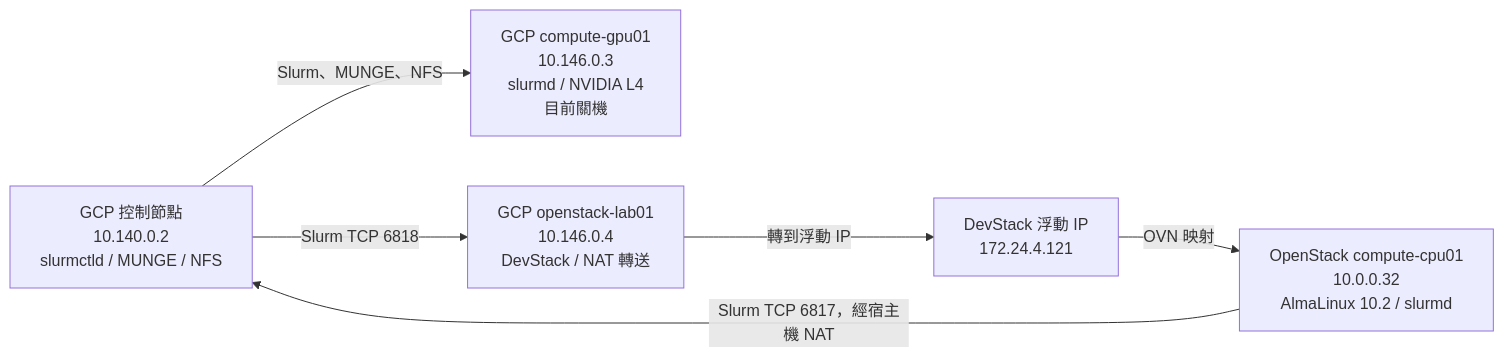
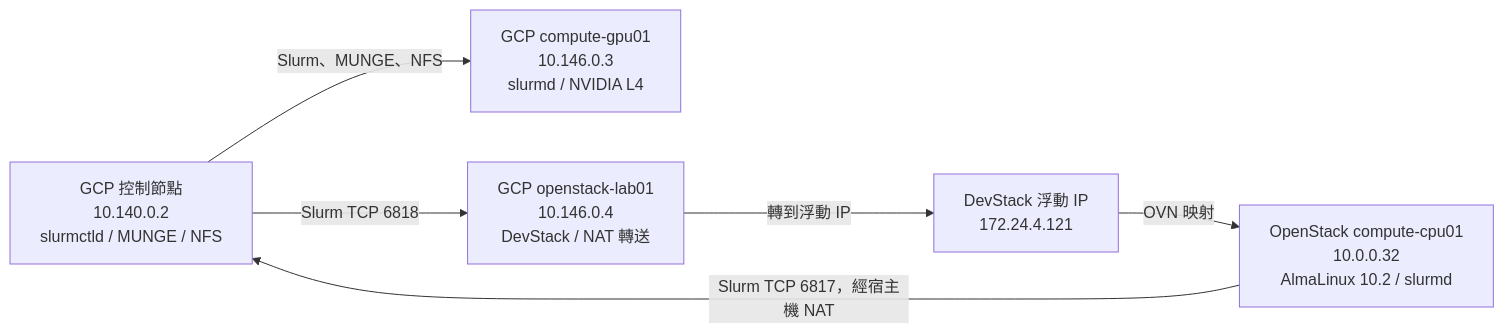
The diagram in curriculum/module-05.md (davidtestdocker/hpc-architect), drawn with Mermaid before and after one commit. The commit also changed other lines of this file and 4 other files, not shown here.

````diff
--- a/curriculum/module-05.md
+++ b/curriculum/module-05.md
@@ -14,13 +14,13 @@
 ```mermaid
 flowchart LR
     C["GCP 控制節點<br/>10.140.0.2<br/>slurmctld / MUNGE / NFS"]
-    G["GCP compute-gpu01<br/>10.146.0.3<br/>slurmd / NVIDIA L4<br/>目前關機"]
+    G["GCP compute-gpu01<br/>10.146.0.3<br/>slurmd / NVIDIA L4"]
     H["GCP openstack-lab01<br/>10.146.0.4<br/>DevStack / NAT 轉送"]
     F["DevStack 浮動 IP<br/>172.24.4.121"]
     V["OpenStack compute-cpu01<br/>10.0.0.32<br/>AlmaLinux 10.2 / slurmd"]
     C -->|"Slurm、MUNGE、NFS"| G
     C -->|"Slurm TCP 6818"| H
     H -->|"轉到浮動 IP"| F
     F -->|"OVN 映射"| V
     V -->|"Slurm TCP 6817，經宿主機 NAT"| C
 ```
````
